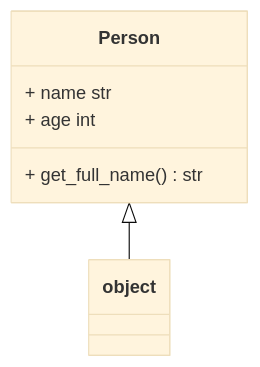
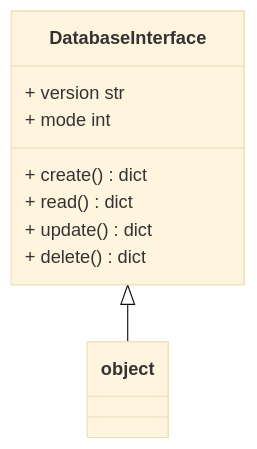
Before and after one commit to kesler20/draw-uml-backend: the diagram in output/design_doc.md, drawn with Mermaid (base theme). The commit also changed 14 other files, not shown here.

````diff
--- a/output/design_doc.md
+++ b/output/design_doc.md
@@ -3,7 +3,10 @@
 ```mermaid
 classDiagram
-   Person <|-- object
-   Person : + name str
-   Person : + age int
-   Person : + get_full_name() str
+   DatabaseInterface <|-- object
+   DatabaseInterface : + version str
+   DatabaseInterface : + mode int
+   DatabaseInterface : + create() dict
+   DatabaseInterface : + read() dict
+   DatabaseInterface : + update() dict
+   DatabaseInterface : + delete() dict
 ```
````
